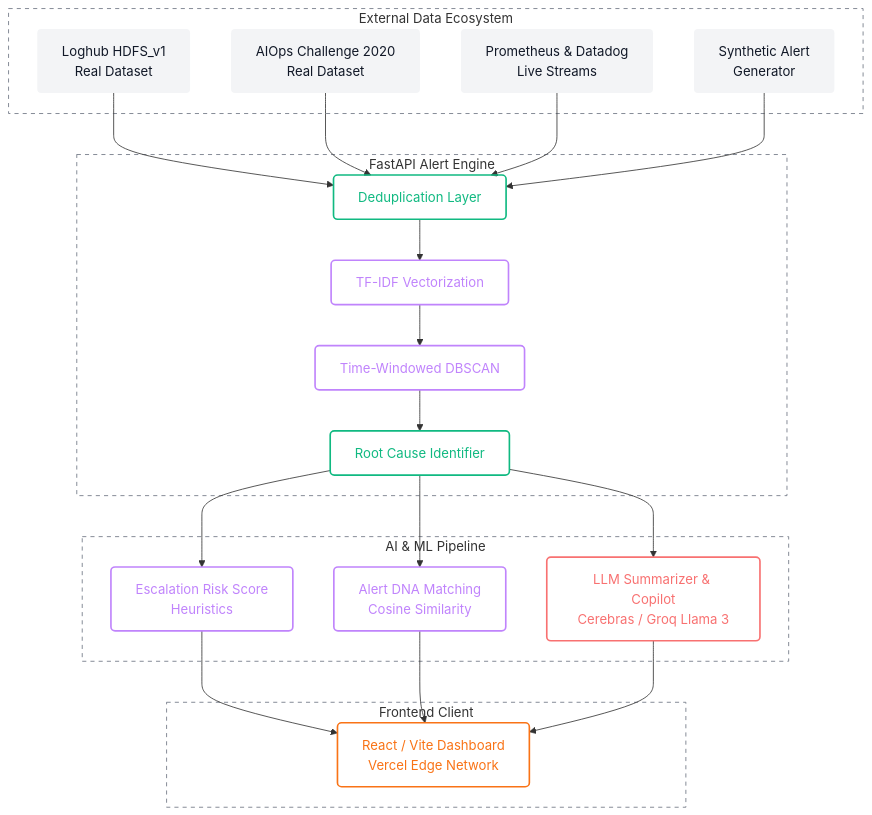
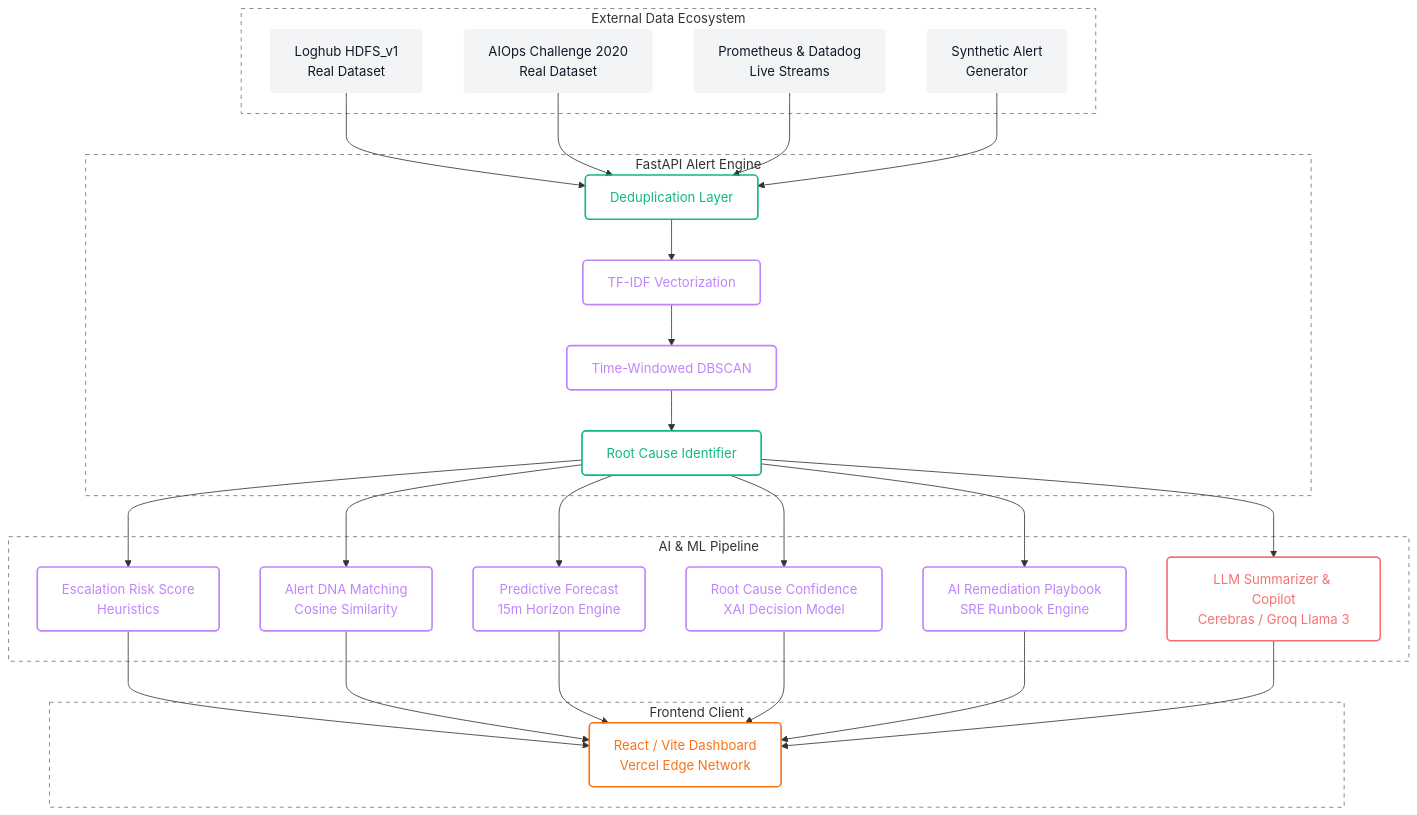
Before and after one commit to Aditya0105singh/HPE--HACKATHON-ALERT-CORRELATION-DEDUPLICATION: the diagram in README.md, drawn with Mermaid. The commit also changed other lines of this file, not shown here.

````diff
--- a/README.md
+++ b/README.md
@@ -31,56 +36,65 @@
 ```mermaid
 graph TD
     %% Hollow Neon Styling Definitions
     classDef frontend fill:none,stroke:#f97316,stroke-width:2px,color:#f97316,rx:5,ry:5
     classDef backend fill:none,stroke:#10b981,stroke-width:2px,color:#10b981,rx:5,ry:5
     classDef ml fill:none,stroke:#c084fc,stroke-width:2px,color:#c084fc,rx:5,ry:5
     classDef ai fill:none,stroke:#f87171,stroke-width:2px,color:#f87171,rx:5,ry:5
     classDef external fill:#f3f4f6,stroke:none,color:#111827,rx:5,ry:5
 
     subgraph Data [External Data Ecosystem]
         Loghub[Loghub HDFS_v1<br>Real Dataset]:::external
         AIOps[AIOps Challenge 2020<br>Real Dataset]:::external
         Prometheus[Prometheus & Datadog<br>Live Streams]:::external
         Gen[Synthetic Alert<br>Generator]:::external
     end
 
     subgraph Backend [FastAPI Alert Engine]
         Dedup[Deduplication Layer]:::backend
         Embed[TF-IDF Vectorization]:::ml
         Cluster[Time-Windowed DBSCAN]:::ml
         RootCause[Root Cause Identifier]:::backend
 
         Dedup --> Embed
         Embed --> Cluster
         Cluster --> RootCause
     end
 
     subgraph Intelligence [AI & ML Pipeline]
         RiskScore[Escalation Risk Score<br>Heuristics]:::ml
         DNA[Alert DNA Matching<br>Cosine Similarity]:::ml
+        Forecast[Predictive Forecast<br>15m Horizon Engine]:::ml
+        RCAConfidence[Root Cause Confidence<br>XAI Decision Model]:::ml
+        Playbook[AI Remediation Playbook<br>SRE Runbook Engine]:::ml
         Summarizer[LLM Summarizer & Copilot<br>Cerebras / Groq Llama 3]:::ai
     end
 
     subgraph Frontend [Frontend Client]
         Dashboard[React / Vite Dashboard<br>Vercel Edge Network]:::frontend
     end
 
     Loghub --> Dedup
     AIOps --> Dedup
     Prometheus --> Dedup
     Gen --> Dedup
 
     RootCause --> RiskScore
     RootCause --> DNA
+    RootCause --> Forecast
+    RootCause --> RCAConfidence
+    RootCause --> Playbook
     RootCause --> Summarizer
 
     RiskScore --> Dashboard
     DNA --> Dashboard
+    Forecast --> Dashboard
+    RCAConfidence --> Dashboard
+    Playbook --> Dashboard
     Summarizer --> Dashboard
 
     %% Subgraph Styling
     style Data fill:none,stroke:#6b7280,stroke-width:1px,stroke-dasharray: 5 5
     style Backend fill:none,stroke:#6b7280,stroke-width:1px,stroke-dasharray: 5 5
     style Intelligence fill:none,stroke:#6b7280,stroke-width:1px,stroke-dasharray: 5 5
     style Frontend fill:none,stroke:#6b7280,stroke-width:1px,stroke-dasharray: 5 5
 ```
````
